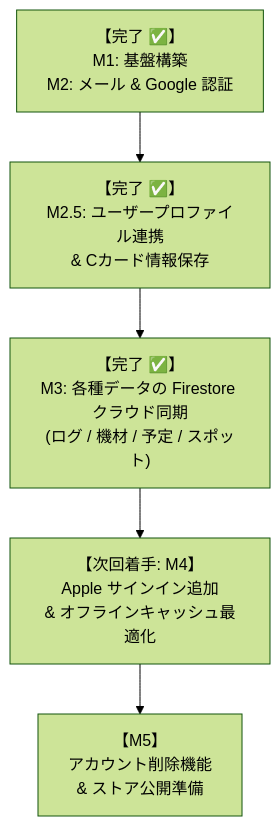
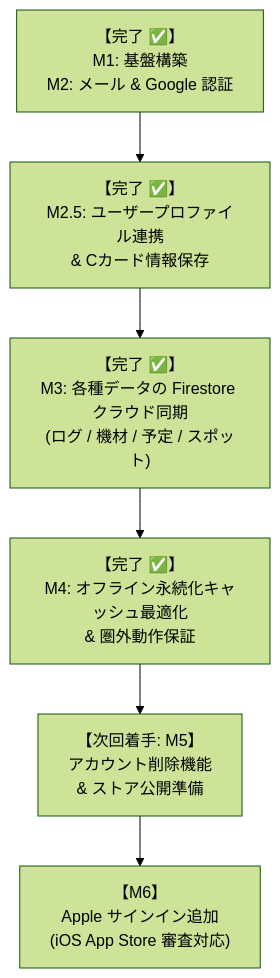
The fourth of 4 diagrams in docs/plans/account_and_backend_plan.md (LiFE-124C41/scuba-life), drawn with Mermaid (forest theme) before and after one commit. The commit also changed other lines of this file and 8 other files, not shown here.

````diff
--- a/docs/plans/account_and_backend_plan.md
+++ b/docs/plans/account_and_backend_plan.md
@@ -348,7 +368,8 @@
 ```mermaid
 flowchart TD
     M1_M2["【完了 ✅】<br>M1: 基盤構築<br>M2: メール & Google 認証"] --> M2_5["【完了 ✅】<br>M2.5: ユーザープロファイル連携<br>& Cカード情報保存"]
     M2_5 --> M3["【完了 ✅】<br>M3: 各種データの Firestore クラウド同期<br>(ログ / 機材 / 予定 / スポット)"]
-    M3 --> M4["【次回着手: M4】<br>Apple サインイン追加<br>& オフラインキャッシュ最適化"]
-    M4 --> M5["【M5】<br>アカウント削除機能<br>& ストア公開準備"]
+    M3 --> M4["【完了 ✅】<br>M4: オフライン永続化キャッシュ最適化<br>& 圏外動作保証"]
+    M4 --> M5["【次回着手: M5】<br>アカウント削除機能<br>& ストア公開準備"]
+    M5 --> M6["【M6】<br>Apple サインイン追加<br>(iOS App Store 審査対応)"]
 ```
````
